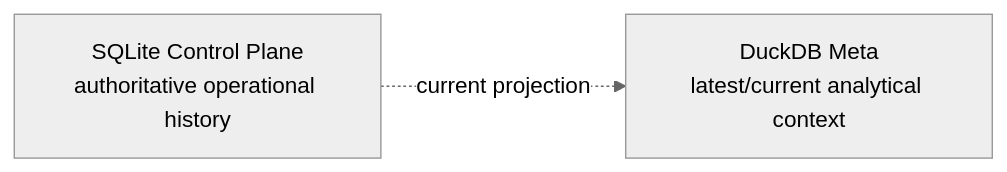
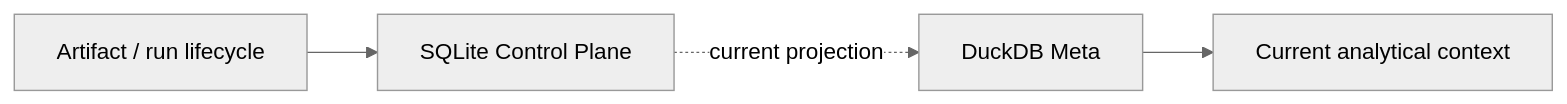
Before and after one commit to tks18/personal-finance-etl: the first of 2 diagrams in docs/reference/meta-data-contracts.md, drawn with Mermaid (neutral theme). The commit also changed other lines of this file, not shown here.

Commit message:
docs: update docs/reference/meta-contracts

````diff
--- a/docs/reference/meta-data-contracts.md
+++ b/docs/reference/meta-data-contracts.md
@@ -5,4 +5,6 @@
 ```mermaid
 flowchart LR
-    CP["SQLite Control Plane<br/>authoritative operational history"] -. current projection .-> META["DuckDB Meta<br/>latest/current analytical context"]
+A["Artifact / run lifecycle"] --> CP["SQLite Control Plane"]
+CP -. "current projection" .-> M["DuckDB Meta"]
+M --> BI["Current analytical context"]
 ```
````
